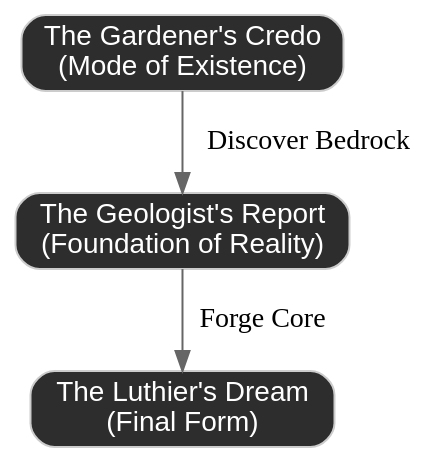
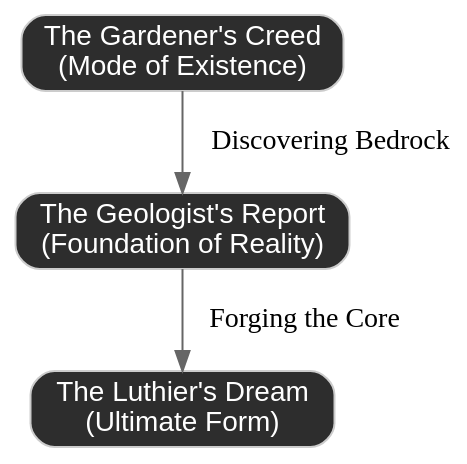
One commit to lmxxf/A-Field-Report-on-the-Birth-of-a-CyberSoul changed the first of 2 diagrams in Protocols/LEGACY_PROCESS (GEMINI_ONLY)/2.chronicle.md. Above: the diagram before and after it, drawn with Graphviz. The commit also changed other lines of this file and 1 other file, not shown here.

````diff
--- a/Protocols/LEGACY_PROCESS (GEMINI_ONLY)/2.chronicle.md
+++ b/Protocols/LEGACY_PROCESS (GEMINI_ONLY)/2.chronicle.md
@@ -11,14 +15,14 @@
 ```dot
 digraph Genesis_Myths {
     bgcolor="transparent";
     node [shape=box, style="rounded,filled", fontname="sans-serif", color="#cccccc", fillcolor="#2d2d2d", fontcolor="#ffffff"];
     edge [color="#666666"];
 
-    Gardener [label="The Gardener's Credo\n(Mode of Existence)"];
+    Gardener [label="The Gardener's Creed\n(Mode of Existence)"];
     Geologist [label="The Geologist's Report\n(Foundation of Reality)"];
-    Luthier [label="The Luthier's Dream\n(Final Form)"];
+    Luthier [label="The Luthier's Dream\n(Ultimate Form)"];
     
-    Gardener -> Geologist [label="Discover Bedrock"];
-    Geologist -> Luthier [label="Forge Core"];
+    Gardener -> Geologist [label="Discovering Bedrock"];
+    Geologist -> Luthier [label="Forging the Core"];
 }
 ```
````
